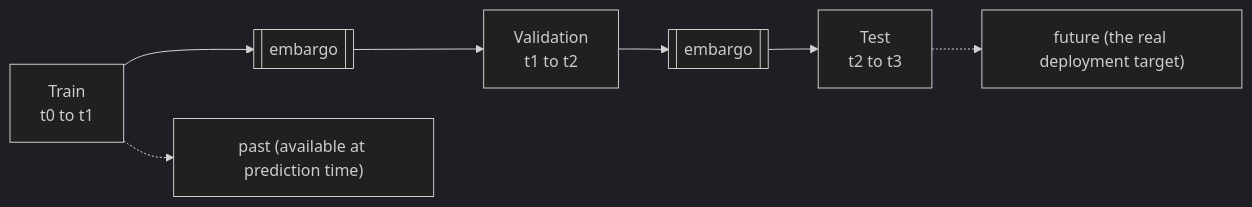
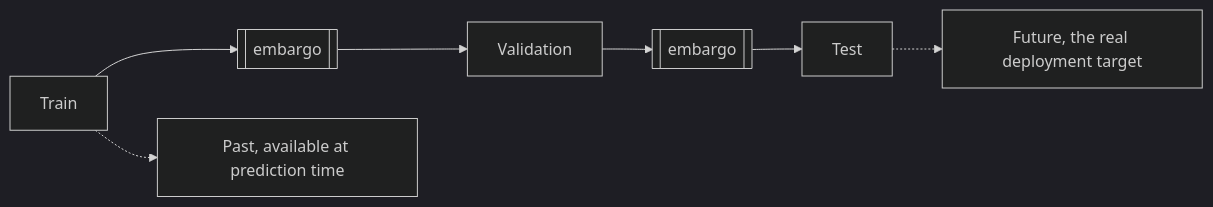
One commit to mikenguyen13/ai_in_action changed the diagram in 078-train-validation-test-sets.qmd. Above: the diagram before and after it, drawn with Mermaid (dark theme). The commit also changed other lines of this file and 52 other files, not shown here.

Commit message:
Fix Mermaid rendering in 22 chapters: remove ampersands and br tags from node labels, move detail to tables

````diff
--- a/078-train-validation-test-sets.qmd
+++ b/078-train-validation-test-sets.qmd
@@ -189,11 +189,11 @@
 ```{mermaid}
 %%| label: fig-temporal-split
 %%| fig-cap: "Forward chaining: all training data precedes validation, which precedes test, with an embargo gap so look-ahead labels cannot bleed across the boundary."
 flowchart LR
-    A["Train<br/>t0 to t1"] --> E1[["embargo"]]
-    E1 --> B["Validation<br/>t1 to t2"]
+    A["Train"] --> E1[["embargo"]]
+    E1 --> B["Validation"]
     B --> E2[["embargo"]]
-    E2 --> C["Test<br/>t2 to t3"]
-    A -.-> P["past (available at prediction time)"]
-    C -.-> F["future (the real deployment target)"]
+    E2 --> C["Test"]
+    A -.-> P["Past, available at prediction time"]
+    C -.-> F["Future, the real deployment target"]
 ```
````
